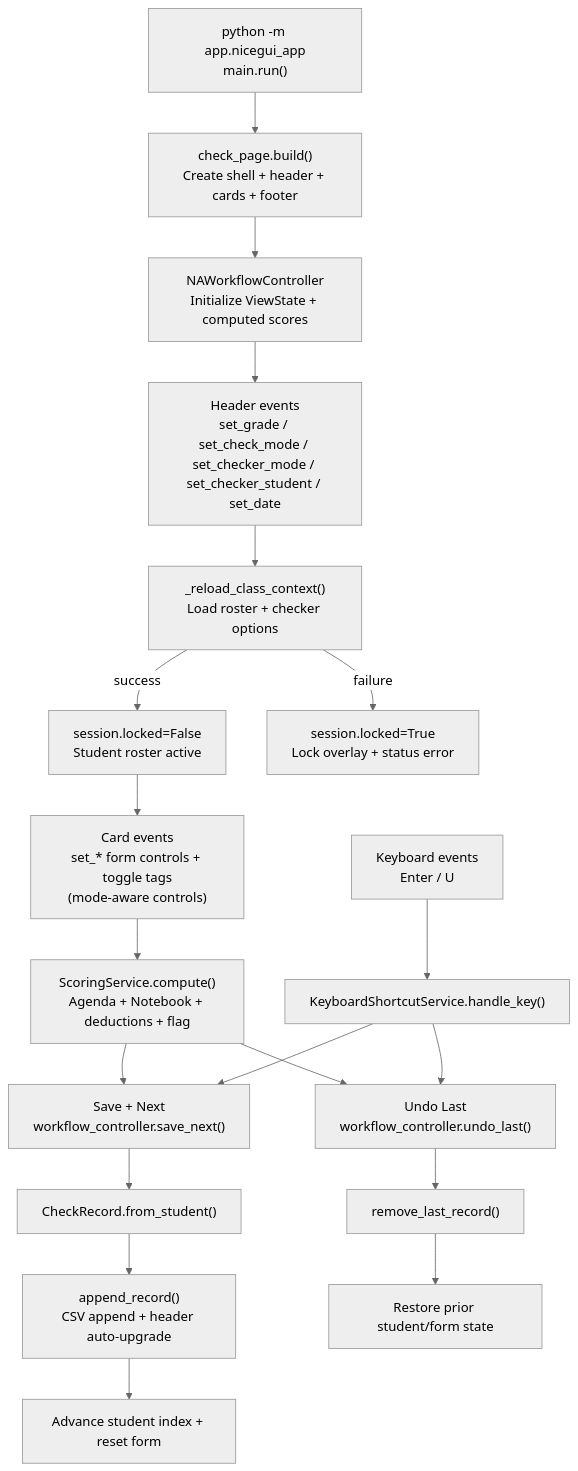
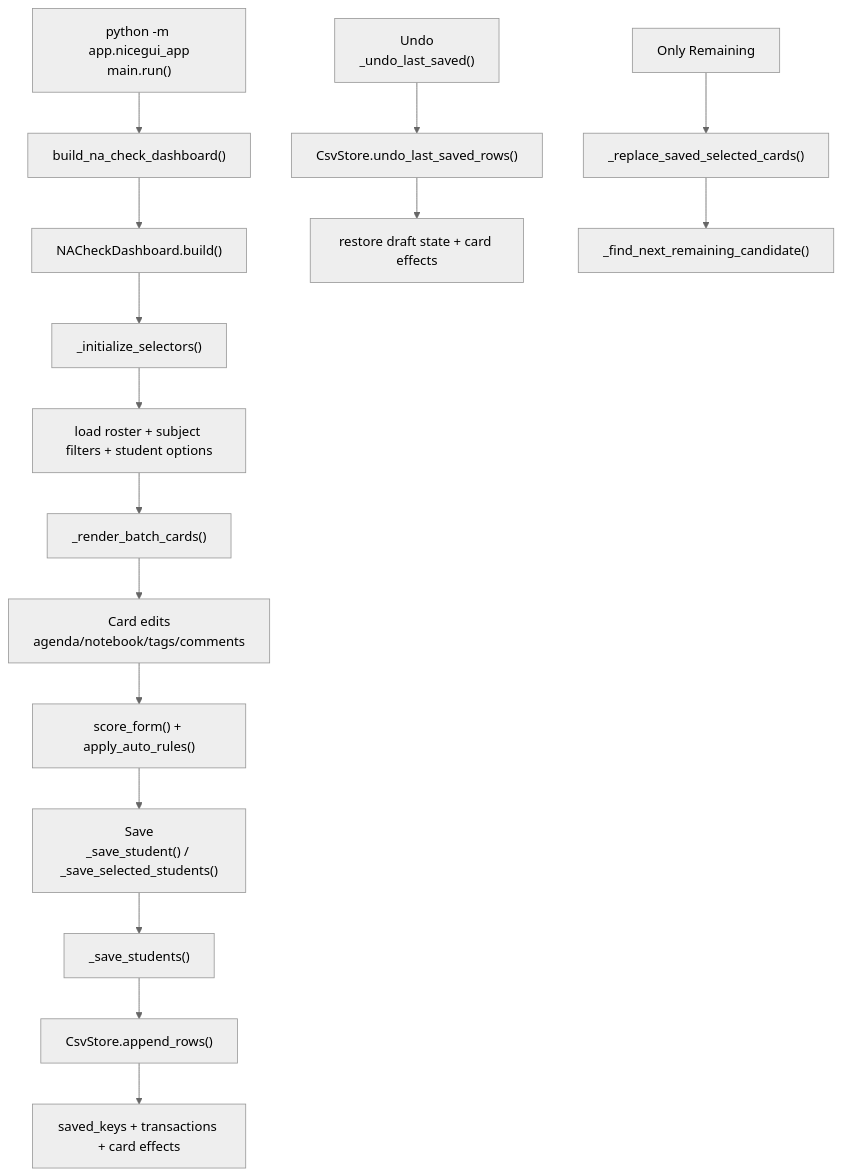
Before and after one commit to Jay23Cee/NotebookAgendaCheck: the first of 3 diagrams in docs/flowchart.md, drawn with Mermaid (neutral theme). The commit also changed other lines of this file and 50 other files, not shown here.

````diff
--- a/docs/flowchart.md
+++ b/docs/flowchart.md
@@ -9,27 +9,22 @@
 ```mermaid
 flowchart TD
-    A["python -m app.nicegui_app\nmain.run()"] --> B["check_page.build()\nCreate shell + header + cards + footer"]
-    B --> C["NAWorkflowController\nInitialize ViewState + computed scores"]
+    A["python -m app.nicegui_app\nmain.run()"] --> B["build_na_check_dashboard()"]
+    B --> C["NACheckDashboard.build()"]
+    C --> D["_initialize_selectors()"]
+    D --> E["load roster + subject filters + student options"]
+    E --> F["_render_batch_cards()"]
 
-    C --> D["Header events\nset_grade / set_check_mode / set_checker_mode / set_checker_student / set_date"]
-    D --> E["_reload_class_context()\nLoad roster + checker options"]
+    F --> G["Card edits\nagenda/notebook/tags/comments"]
+    G --> H["score_form() + apply_auto_rules()"]
 
-    E -->|success| F["session.locked=False\nStudent roster active"]
-    E -->|failure| G["session.locked=True\nLock overlay + status error"]
+    H --> I["Save\n_save_student() / _save_selected_students()"]
+    I --> J["_save_students()"]
+    J --> K["CsvStore.append_rows()"]
+    K --> L["saved_keys + transactions + card effects"]
 
-    F --> H["Card events\nset_* form controls + toggle tags\n(mode-aware controls)"]
-    H --> I["ScoringService.compute()\nAgenda + Notebook + deductions + flag"]
+    M["Undo\n_undo_last_saved()"] --> N["CsvStore.undo_last_saved_rows()"]
+    N --> O["restore draft state + card effects"]
 
-    I --> J["Save + Next\nworkflow_controller.save_next()"]
-    J --> K["CheckRecord.from_student()"]
-    K --> L["append_record()\nCSV append + header auto-upgrade"]
-    L --> M["Advance student index + reset form"]
-
-    I --> N["Undo Last\nworkflow_controller.undo_last()"]
-    N --> O["remove_last_record()"]
-    O --> P["Restore prior student/form state"]
-
-    Q["Keyboard events\nEnter / U"] --> R["KeyboardShortcutService.handle_key()"]
-    R --> J
-    R --> N
+    P["Only Remaining"] --> Q["_replace_saved_selected_cards()"]
+    Q --> R["_find_next_remaining_candidate()"]
 ```
````
